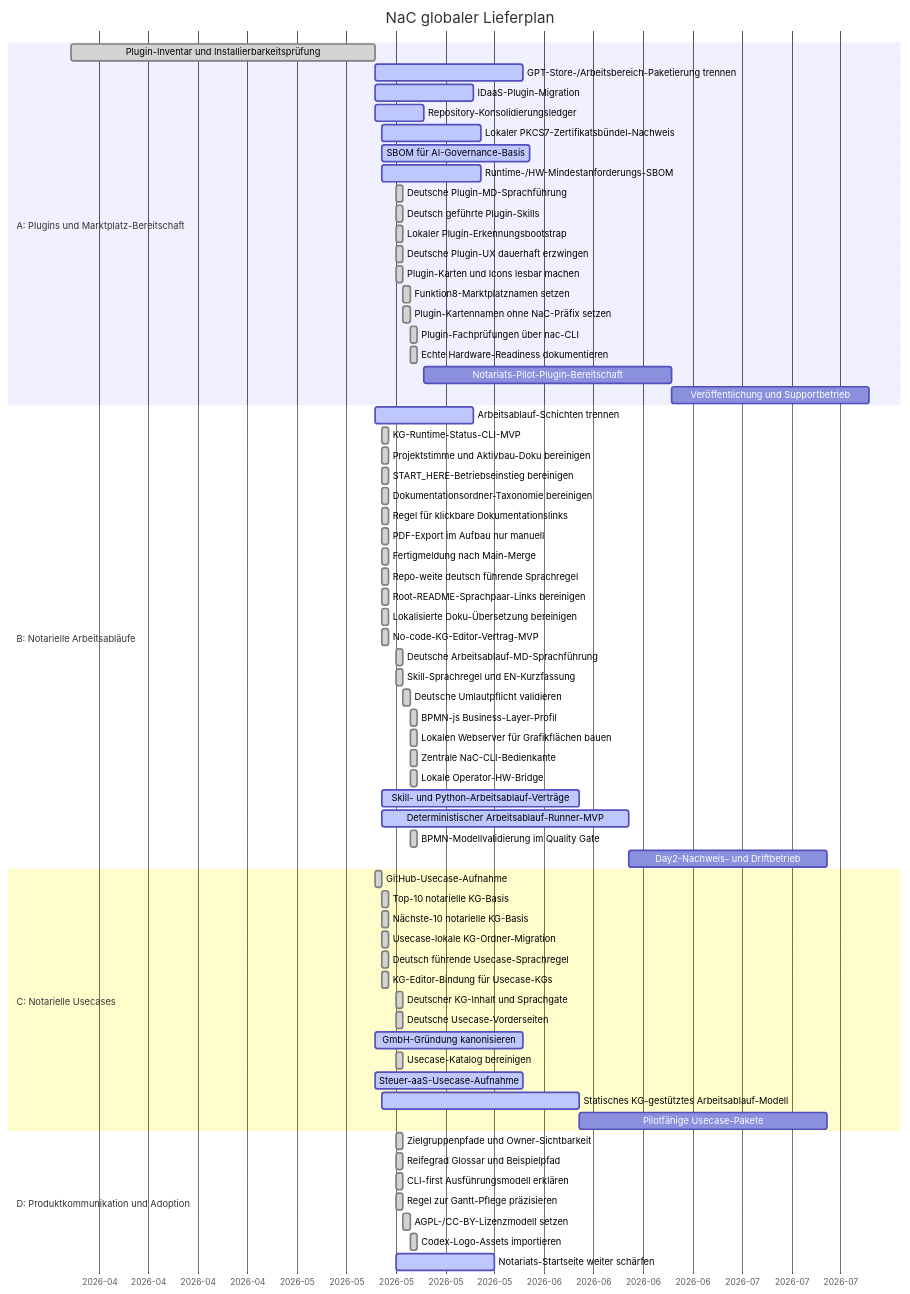
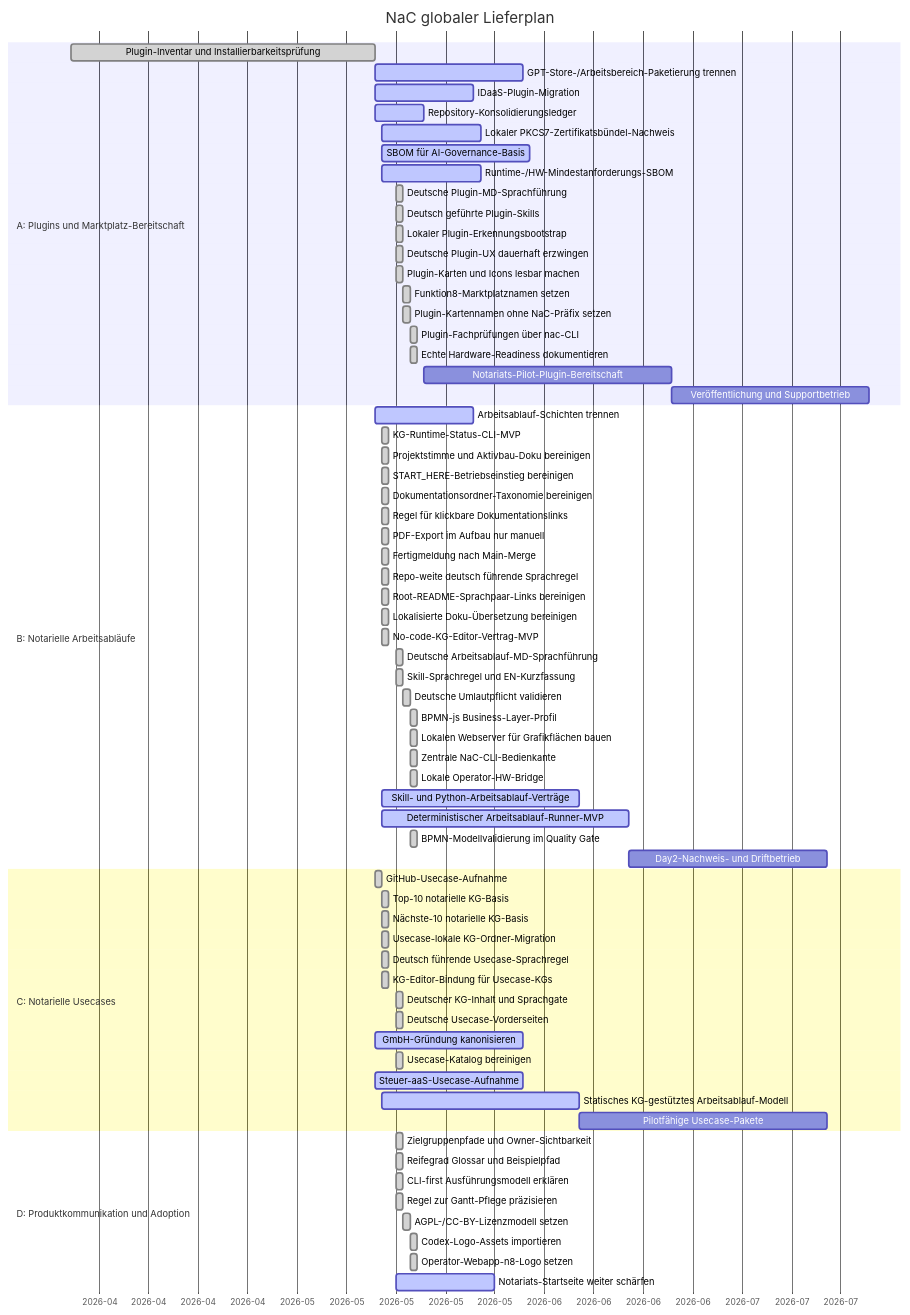
One commit to notariat8/NaC changed the diagram in roadmap/GANTT.md. Above: the diagram before and after it, drawn with Mermaid. The commit also changed 4 other files, not shown here.

Commit message:
Use n8 logo for local operator webapp

````diff
--- a/roadmap/GANTT.md
+++ b/roadmap/GANTT.md
@@ -14,75 +14,76 @@
 ```mermaid
 gantt
     title NaC globaler Lieferplan
     dateFormat  YYYY-MM-DD
     axisFormat  %Y-%m
 
     section A: Plugins und Marktplatz-Bereitschaft
     Plugin-Inventar und Installierbarkeitsprüfung :done, a1, 2026-04-01, 2026-05-14
     GPT-Store-/Arbeitsbereich-Paketierung trennen :active, a2, 2026-05-14, 21d
     IDaaS-Plugin-Migration                       :active,  a3, 2026-05-14, 14d
     Repository-Konsolidierungsledger             :active,  a4, 2026-05-14, 7d
     Lokaler PKCS7-Zertifikatsbündel-Nachweis    :active,  a4a, 2026-05-15, 14d
     SBOM für AI-Governance-Basis                :active,  a4b, 2026-05-15, 21d
     Runtime-/HW-Mindestanforderungs-SBOM         :active,  a4c, 2026-05-15, 14d
     Deutsche Plugin-MD-Sprachführung            :done,    a4d, 2026-05-17, 1d
     Deutsch geführte Plugin-Skills              :done,    a4e, 2026-05-17, 1d
     Lokaler Plugin-Erkennungsbootstrap           :done,    a4f, 2026-05-17, 1d
     Deutsche Plugin-UX dauerhaft erzwingen       :done,    a4g, 2026-05-17, 1d
     Plugin-Karten und Icons lesbar machen        :done,    a4h, 2026-05-17, 1d
     Funktion8-Marktplatznamen setzen             :done,    a4i, 2026-05-18, 1d
     Plugin-Kartennamen ohne NaC-Präfix setzen    :done,    a4j, 2026-05-18, 1d
     Plugin-Fachprüfungen über nac-CLI            :done,    a4k, 2026-05-19, 1d
     Echte Hardware-Readiness dokumentieren       :done,    a4l, 2026-05-19, 1d
     Notariats-Pilot-Plugin-Bereitschaft          :         a5, after a4, 35d
     Veröffentlichung und Supportbetrieb         :         a6, after a5, 28d
 
     section B: Notarielle Arbeitsabläufe
     Arbeitsablauf-Schichten trennen              :active,  b1, 2026-05-14, 14d
     KG-Runtime-Status-CLI-MVP                    :done,    b1a, 2026-05-15, 1d
     Projektstimme und Aktivbau-Doku bereinigen   :done,    b1b, 2026-05-15, 1d
     START_HERE-Betriebseinstieg bereinigen       :done,    b1c, 2026-05-15, 1d
     Dokumentationsordner-Taxonomie bereinigen    :done,    b1d, 2026-05-15, 1d
     Regel für klickbare Dokumentationslinks     :done,    b1e, 2026-05-15, 1d
     PDF-Export im Aufbau nur manuell             :done,    b1f, 2026-05-15, 1d
     Fertigmeldung nach Main-Merge                :done,    b1g, 2026-05-15, 1d
     Repo-weite deutsch führende Sprachregel     :done,    b1h, 2026-05-15, 1d
     Root-README-Sprachpaar-Links bereinigen      :done,    b1i, 2026-05-15, 1d
     Lokalisierte Doku-Übersetzung bereinigen    :done,    b1j, 2026-05-15, 1d
     No-code-KG-Editor-Vertrag-MVP                :done,    b1k, 2026-05-15, 1d
     Deutsche Arbeitsablauf-MD-Sprachführung     :done,    b1l, 2026-05-17, 1d
     Skill-Sprachregel und EN-Kurzfassung         :done,    b1m, 2026-05-17, 1d
     Deutsche Umlautpflicht validieren            :done,    b1n, 2026-05-18, 1d
     BPMN-js Business-Layer-Profil                :done,    b1o, 2026-05-19, 1d
     Lokalen Webserver für Grafikflächen bauen   :done,    b1p, 2026-05-19, 1d
     Zentrale NaC-CLI-Bedienkante                 :done,    b1q, 2026-05-19, 1d
     Lokale Operator-HW-Bridge                    :done,    b1r, 2026-05-19, 1d
     Skill- und Python-Arbeitsablauf-Verträge    :active,  b2, 2026-05-15, 28d
     Deterministischer Arbeitsablauf-Runner-MVP   :active,  b3, 2026-05-15, 35d
     BPMN-Modellvalidierung im Quality Gate       :done,    b3a, 2026-05-19, 1d
     Day2-Nachweis- und Driftbetrieb              :         b4, after b3, 28d
 
     section C: Notarielle Usecases
     GitHub-Usecase-Aufnahme                      :done,    c1, 2026-05-14, 1d
     Top-10 notarielle KG-Basis                   :done,    c2, 2026-05-15, 1d
     Nächste-10 notarielle KG-Basis              :done,    c3, 2026-05-15, 1d
     Usecase-lokale KG-Ordner-Migration           :done,    c3a, 2026-05-15, 1d
     Deutsch führende Usecase-Sprachregel        :done,    c3b, 2026-05-15, 1d
     KG-Editor-Bindung für Usecase-KGs           :done,    c3c, 2026-05-15, 1d
     Deutscher KG-Inhalt und Sprachgate           :done,    c3d, 2026-05-17, 1d
     Deutsche Usecase-Vorderseiten                :done,    c3e, 2026-05-17, 1d
     GmbH-Gründung kanonisieren                  :active,  c4, 2026-05-14, 21d
     Usecase-Katalog bereinigen                 :done,    c5, 2026-05-17, 1d
     Steuer-aaS-Usecase-Aufnahme                  :active,  c6, 2026-05-14, 21d
     Statisches KG-gestütztes Arbeitsablauf-Modell :active, c7, 2026-05-15, 28d
     Pilotfähige Usecase-Pakete                  :         c8, after c7, 35d
 
     section D: Produktkommunikation und Adoption
     Zielgruppenpfade und Owner-Sichtbarkeit      :done,    d1, 2026-05-17, 1d
     Reifegrad Glossar und Beispielpfad           :done,    d1a, 2026-05-17, 1d
     CLI-first Ausführungsmodell erklären       :done,    d1b, 2026-05-17, 1d
     Regel zur Gantt-Pflege präzisieren         :done,    d1c, 2026-05-17, 1d
     AGPL-/CC-BY-Lizenzmodell setzen              :done,    d1d, 2026-05-18, 1d
     Codex-Logo-Assets importieren                :done,    d1e, 2026-05-19, 1d
+    Operator-Webapp-n8-Logo setzen               :done,    d1f, 2026-05-19, 1d
     Notariats-Startseite weiter schärfen        :active,  d2, 2026-05-17, 14d
 ```
````
